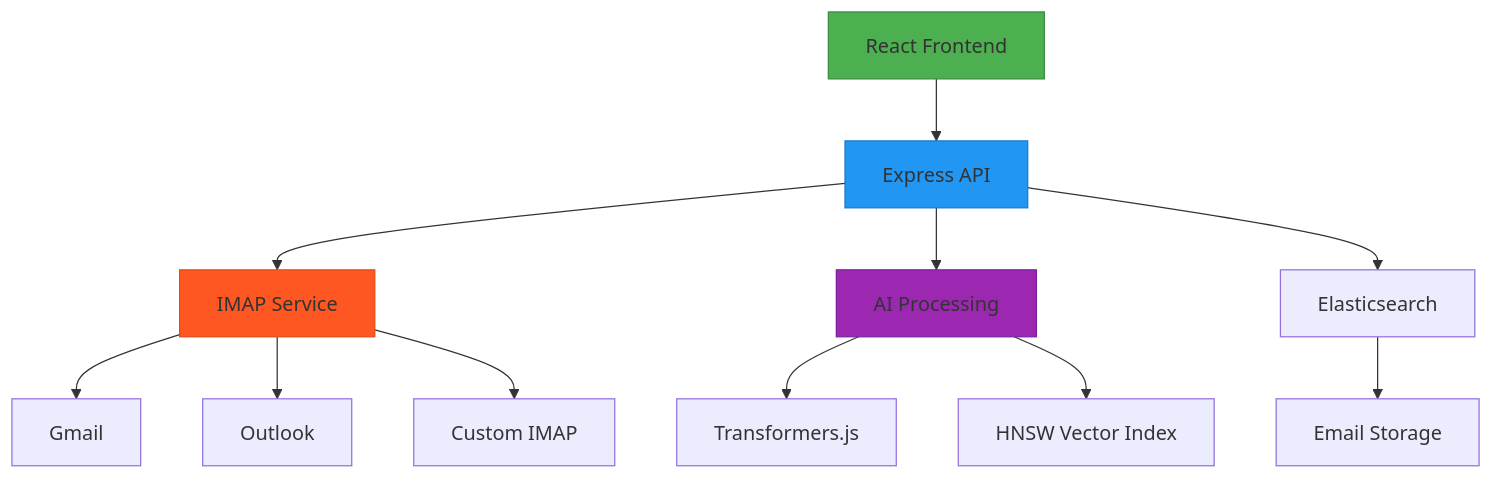
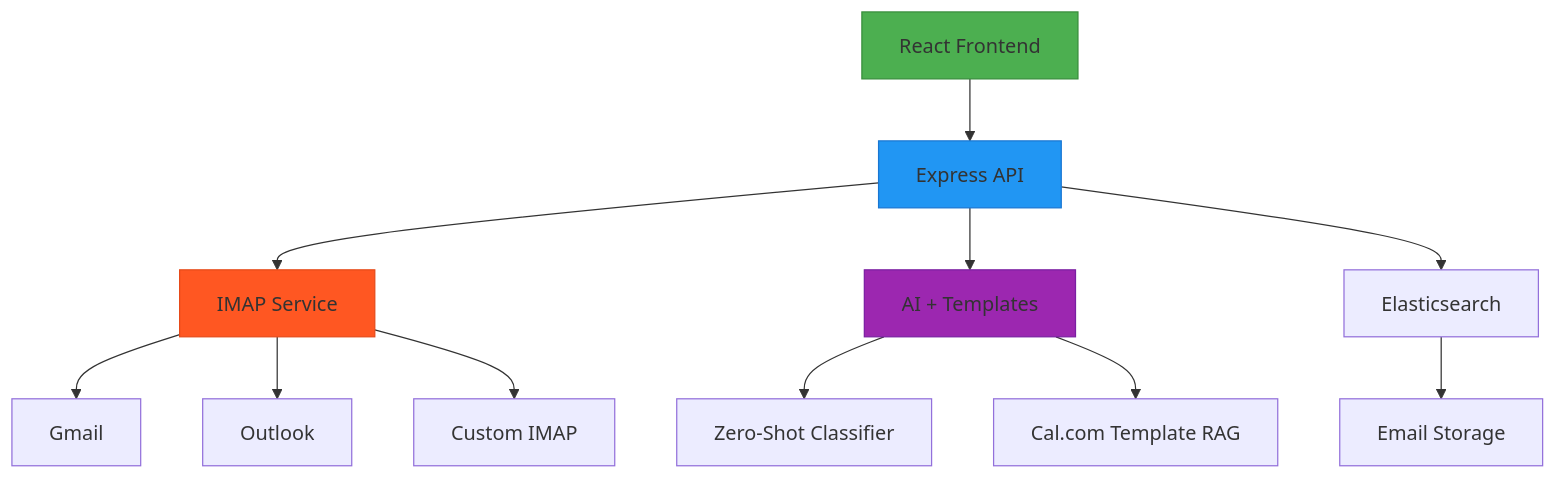
Before and after one commit to ALOK-Yeager/Alokit_Onebox: the first of 2 diagrams in architecture.md, drawn with Mermaid. The commit also changed other lines of this file, not shown here.

First line of the commit message:
Update architecture.md

`````diff
--- a/architecture.md
+++ b/architecture.md
@@ -10,17 +20,18 @@
 ```mermaid
 graph TD
-    A[React Frontend] --> B[Express API]
-    B --> C[IMAP Service]
-    B --> D[AI Processing]
-    B --> E[Elasticsearch]
-    C --> F[Gmail]
-    C --> G[Outlook]
-    C --> H[Custom IMAP]
-    D --> I[Transformers.js]
-    D --> J[HNSW Vector Index]
-    E --> K[Email Storage]
-    style A fill:#4CAF50,stroke:#388E3C
-    style B fill:#2196F3,stroke:#1976D2
-    style C fill:#FF5722,stroke:#E64A19
-    style D fill:#9C27B0,stroke:#7B1FA2
-```
+  A[React Frontend] --> B[Express API]
+  B --> C[IMAP Service]
+  B --> D[AI + Templates]
+  B --> E[Elasticsearch]
+  C --> F[Gmail]
+  C --> G[Outlook]
+  C --> H[Custom IMAP]
+  D --> I[Zero-Shot Classifier]
+  D --> J[Cal.com Template RAG]
+  E --> K[Email Storage]
+
+  style A fill:#4CAF50,stroke:#388E3C
+  style B fill:#2196F3,stroke:#1976D2
+  style C fill:#FF5722,stroke:#E64A19
+  style D fill:#9C27B0,stroke:#7B1FA2
+````
`````
